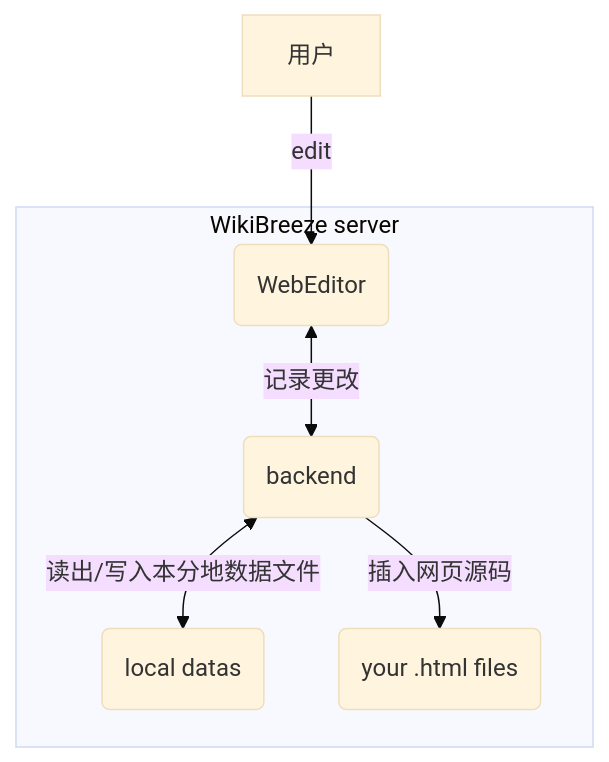
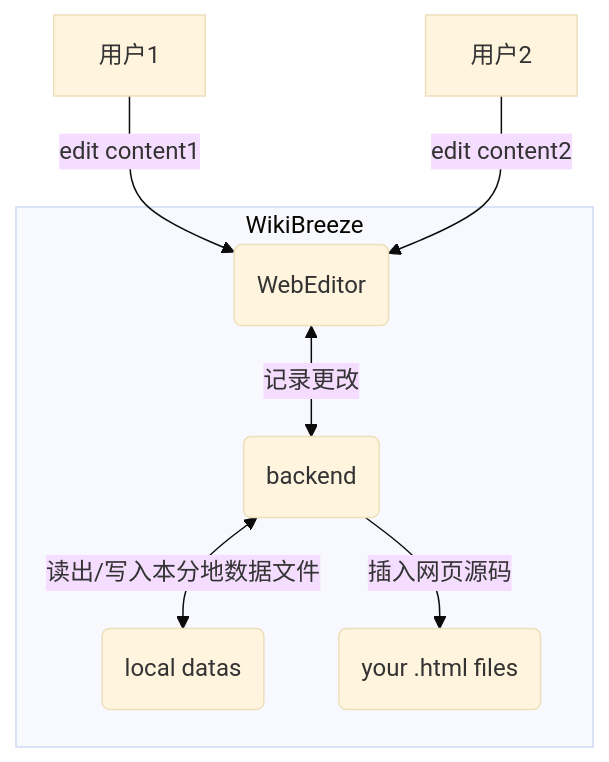
The diagram in README_zh.md (950288/WikiBreeze), drawn with Mermaid (base theme) before and after one commit. The commit also changed other lines of this file and 3 other files, not shown here.

````diff
--- a/README_zh.md
+++ b/README_zh.md
@@ -67,9 +70,10 @@
 ```mermaid
 graph TB
-    用户 --edit--> WebEditor
-    subgraph WikiBreeze server
+    用户1 --edit content1--> WebEditor
+    用户2 --edit content2--> WebEditor
+    subgraph WikiBreeze
         WebEditor(WebEditor) <--记录更改--> backend(backend)
         backend <--读出/写入本分地数据文件--> data(local datas)
         backend --插入网页源码--> pages(your .html files)
     end
 ```
````
